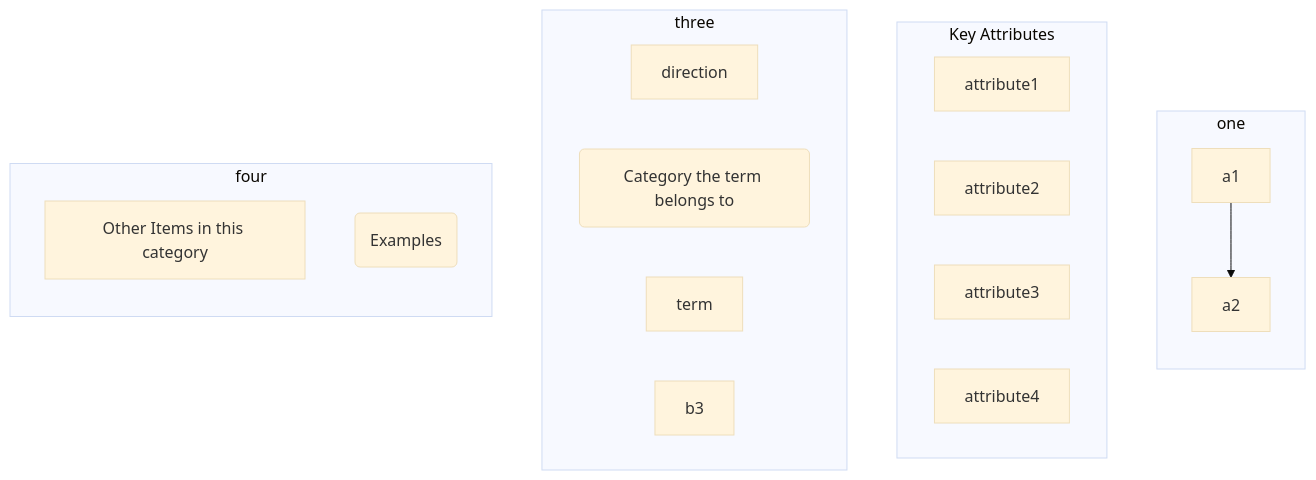
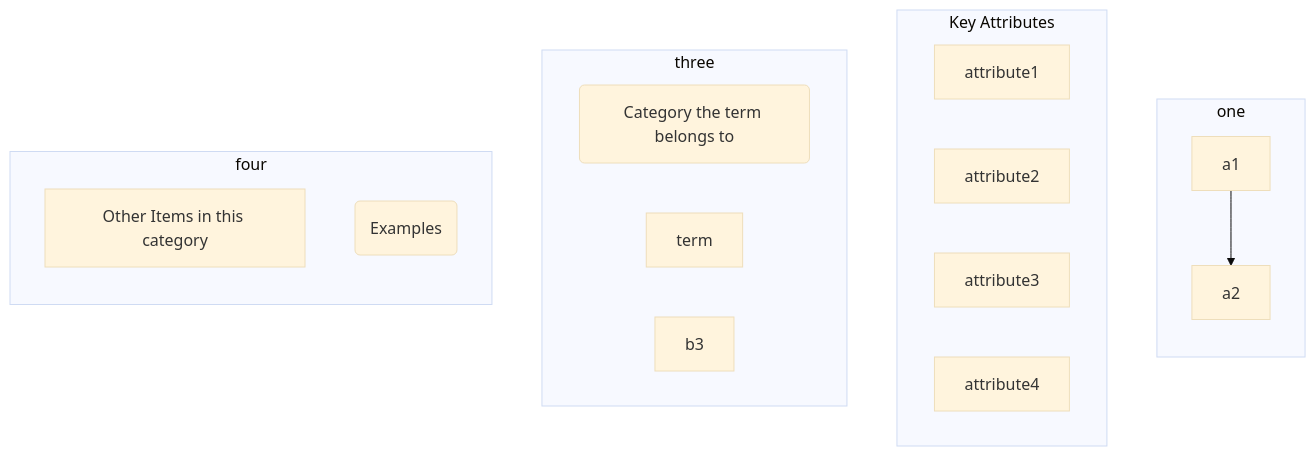
One commit to gerbssusd/dok changed the diagram in slides.md. Above: the diagram before and after it, drawn with Mermaid (base theme).

````diff
--- a/slides.md
+++ b/slides.md
@@ -217,30 +217,30 @@
 ```mermaid
 flowchart TB
     subgraph one 
      direction TB
     a1-->a2
      end
     subgraph Key Attributes
      d1[attribute1]
      d2[attribute2]
      d3[attribute3]
      d4[attribute4]
      end
     subgraph three
-      direction 
+      direction LR
         b1(Category the term belongs to)
         b2[term]
         b3 
         end
     subgraph four
       direction TB
     c1[Other Items in this category] 
     c2(Examples)
     end
 
 
 
 
 
 
 ```
````
